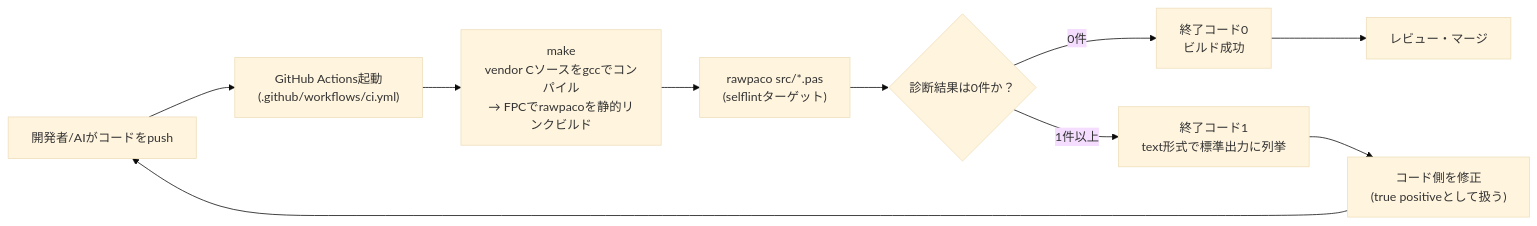
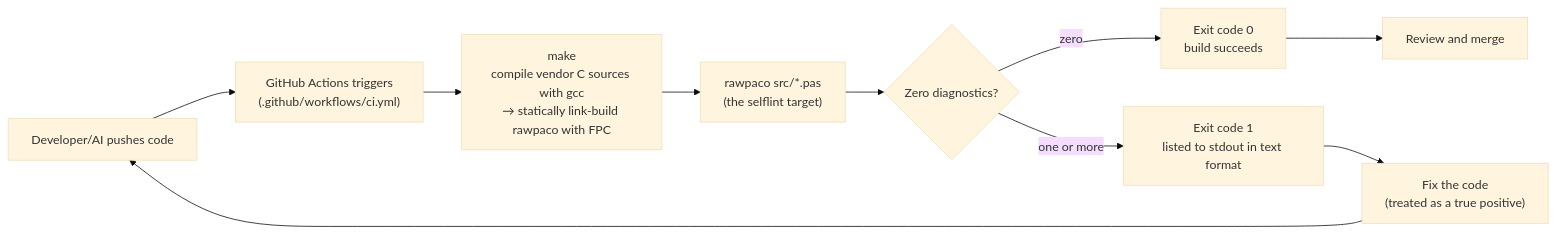
The first of 3 diagrams in docs/SYSTEM_FLOW.md (tankoha/rawpaco), drawn with Mermaid (base theme) before and after one commit. The commit also changed other lines of this file and 10 other files, not shown here.

First line of the commit message:
Make English the canonical language for design/flow docs

````diff
--- a/docs/SYSTEM_FLOW.md
+++ b/docs/SYSTEM_FLOW.md
@@ -17,12 +19,12 @@
 ```mermaid
 flowchart LR
-    Dev["開発者/AIがコードをpush"] --> GHA["GitHub Actions起動\n(.github/workflows/ci.yml)"]
-    GHA --> Build["make\nvendor Cソースをgccでコンパイル\n→ FPCでrawpacoを静的リンクビルド"]
-    Build --> Run["rawpaco src/*.pas\n(selflintターゲット)"]
-    Run --> Diag{"診断結果は0件か？"}
-    Diag -->|"0件"| Pass["終了コード0\nビルド成功"]
-    Diag -->|"1件以上"| Fail["終了コード1\ntext形式で標準出力に列挙"]
-    Fail --> Fix["コード側を修正\n(true positiveとして扱う)"]
+    Dev["Developer/AI pushes code"] --> GHA["GitHub Actions triggers\n(.github/workflows/ci.yml)"]
+    GHA --> Build["make\ncompile vendor C sources with gcc\n→ statically link-build rawpaco with FPC"]
+    Build --> Run["rawpaco src/*.pas\n(the selflint target)"]
+    Run --> Diag{"Zero diagnostics?"}
+    Diag -->|"zero"| Pass["Exit code 0\nbuild succeeds"]
+    Diag -->|"one or more"| Fail["Exit code 1\nlisted to stdout in text format"]
+    Fail --> Fix["Fix the code\n(treated as a true positive)"]
     Fix --> Dev
-    Pass --> Merge["レビュー・マージ"]
+    Pass --> Merge["Review and merge"]
 ```
````
